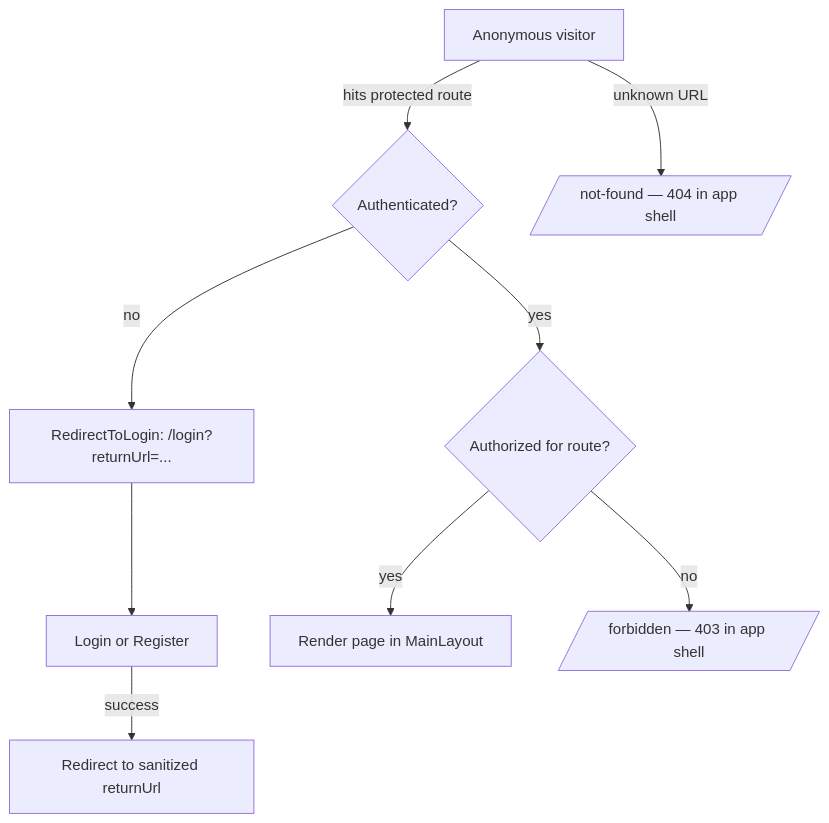
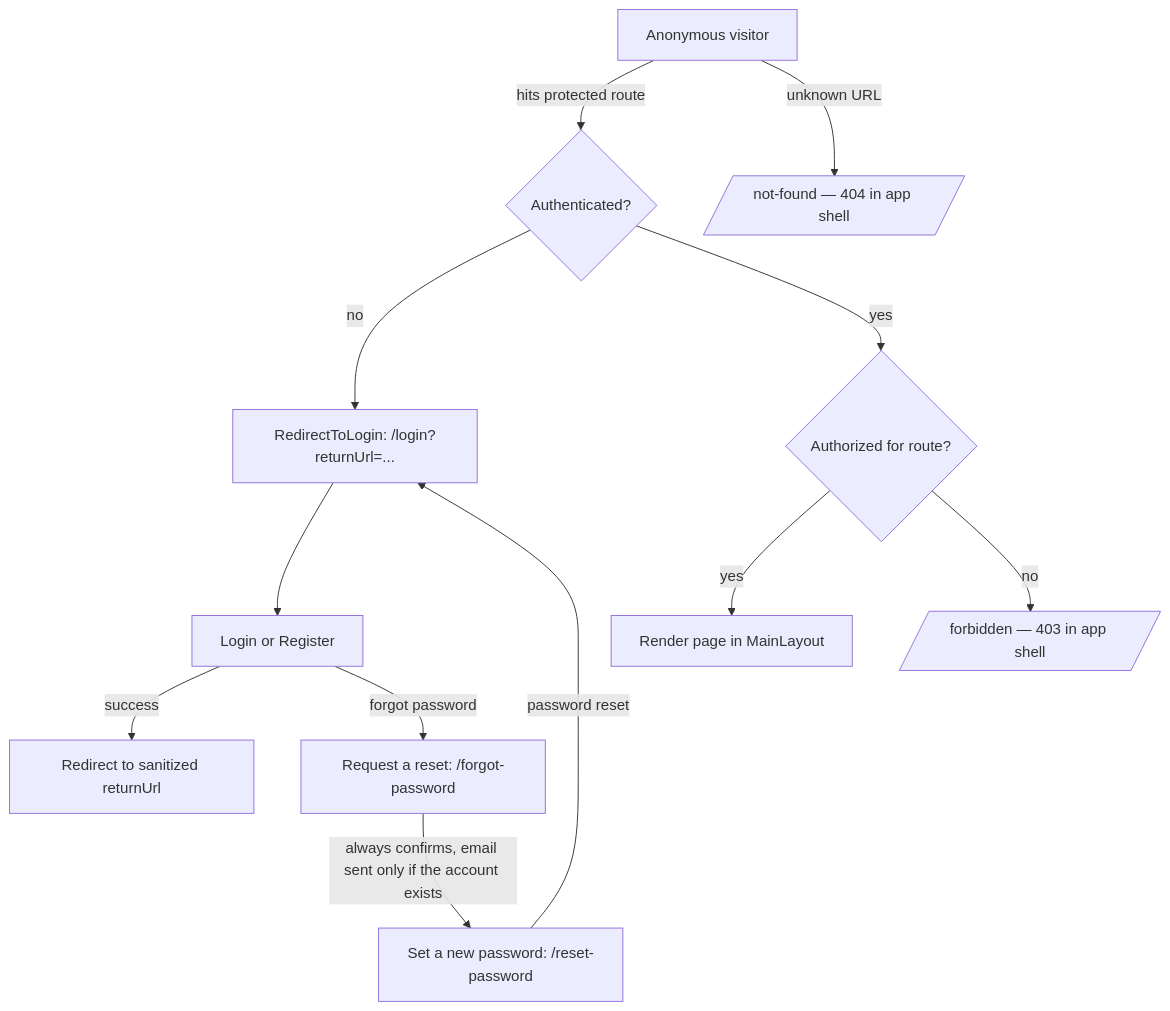
One commit to ivanball/MMCA.Common changed the first of 2 diagrams in NavigationFlow.md. Above: the diagram before and after it, drawn with Mermaid. The commit also changed other lines of this file and 42 other files, not shown here.

First line of the commit message:
feat: forgot-password / reset-password vertical (#274)

````diff
--- a/NavigationFlow.md
+++ b/NavigationFlow.md
@@ -45,11 +47,14 @@
 ```mermaid
 flowchart TD
     A[Anonymous visitor] -->|hits protected route| B{Authenticated?}
     B -- no --> C[RedirectToLogin: /login?returnUrl=...]
     C --> D[Login or Register]
     D -->|success| E[Redirect to sanitized returnUrl]
+    D -->|forgot password| J[Request a reset: /forgot-password]
+    J -->|always confirms, email sent only if the account exists| K[Set a new password: /reset-password]
+    K -->|password reset| C
     B -- yes --> F{Authorized for route?}
     F -- yes --> G[Render page in MainLayout]
     F -- no --> H[/forbidden — 403 in app shell/]
     A -->|unknown URL| I[/not-found — 404 in app shell/]
 ```
````
